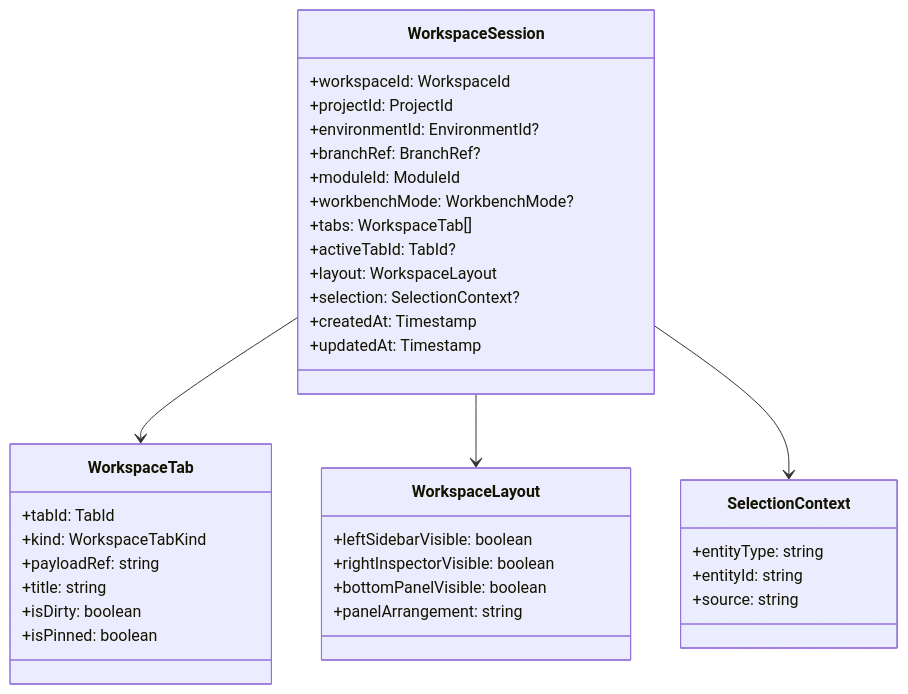
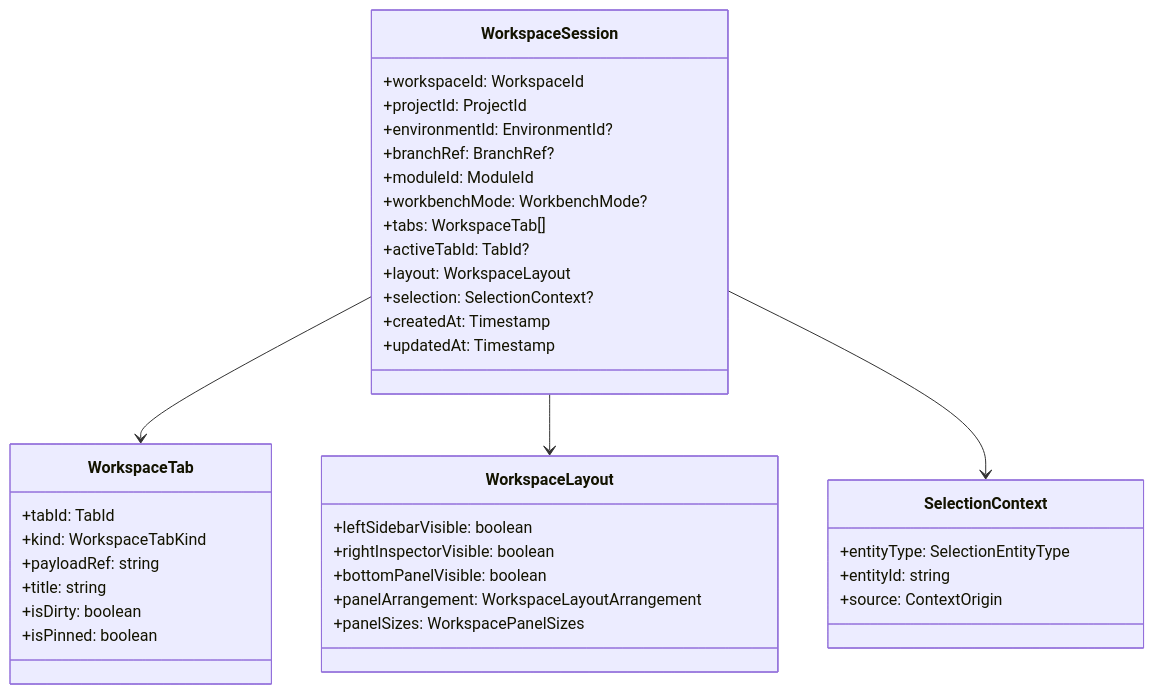
The first of 3 diagrams in docs/architecture/frontend/workspace/session/workspace-session-model-specification.md (dunay2/dvt), drawn with Mermaid before and after one commit. The commit also changed other lines of this file and 10 other files, not shown here.

Commit message:
docs(docs): Harden frontend architecture evidence governance

````diff
--- a/docs/architecture/frontend/workspace/session/workspace-session-model-specification.md
+++ b/docs/architecture/frontend/workspace/session/workspace-session-model-specification.md
@@ -215,43 +215,44 @@
 ```mermaid
 classDiagram
     class WorkspaceSession {
       +workspaceId: WorkspaceId
       +projectId: ProjectId
       +environmentId: EnvironmentId?
       +branchRef: BranchRef?
       +moduleId: ModuleId
       +workbenchMode: WorkbenchMode?
       +tabs: WorkspaceTab[]
       +activeTabId: TabId?
       +layout: WorkspaceLayout
       +selection: SelectionContext?
       +createdAt: Timestamp
       +updatedAt: Timestamp
     }
 
     class WorkspaceTab {
       +tabId: TabId
       +kind: WorkspaceTabKind
       +payloadRef: string
       +title: string
       +isDirty: boolean
       +isPinned: boolean
     }
 
     class WorkspaceLayout {
       +leftSidebarVisible: boolean
       +rightInspectorVisible: boolean
       +bottomPanelVisible: boolean
-      +panelArrangement: string
+      +panelArrangement: WorkspaceLayoutArrangement
+      +panelSizes: WorkspacePanelSizes
     }
 
     class SelectionContext {
-      +entityType: string
+      +entityType: SelectionEntityType
       +entityId: string
-      +source: string
+      +source: ContextOrigin
     }
 
     WorkspaceSession --> WorkspaceTab
     WorkspaceSession --> WorkspaceLayout
     WorkspaceSession --> SelectionContext
 ```
````
